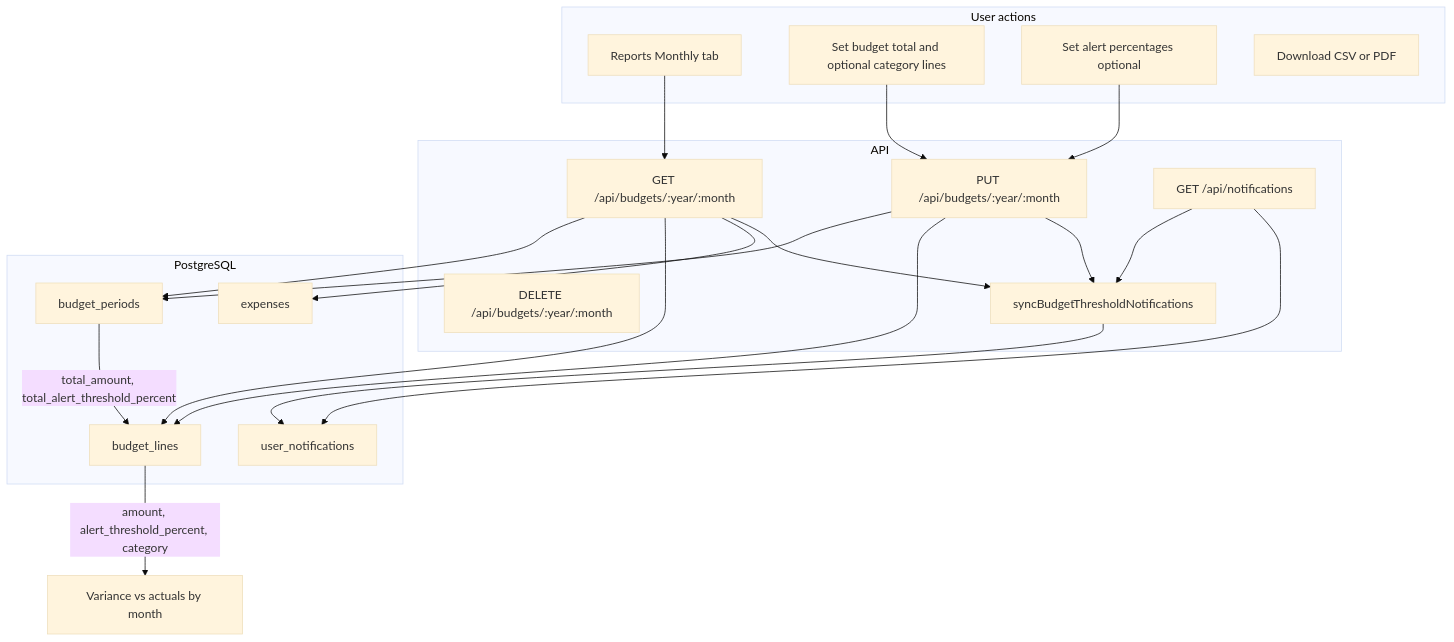
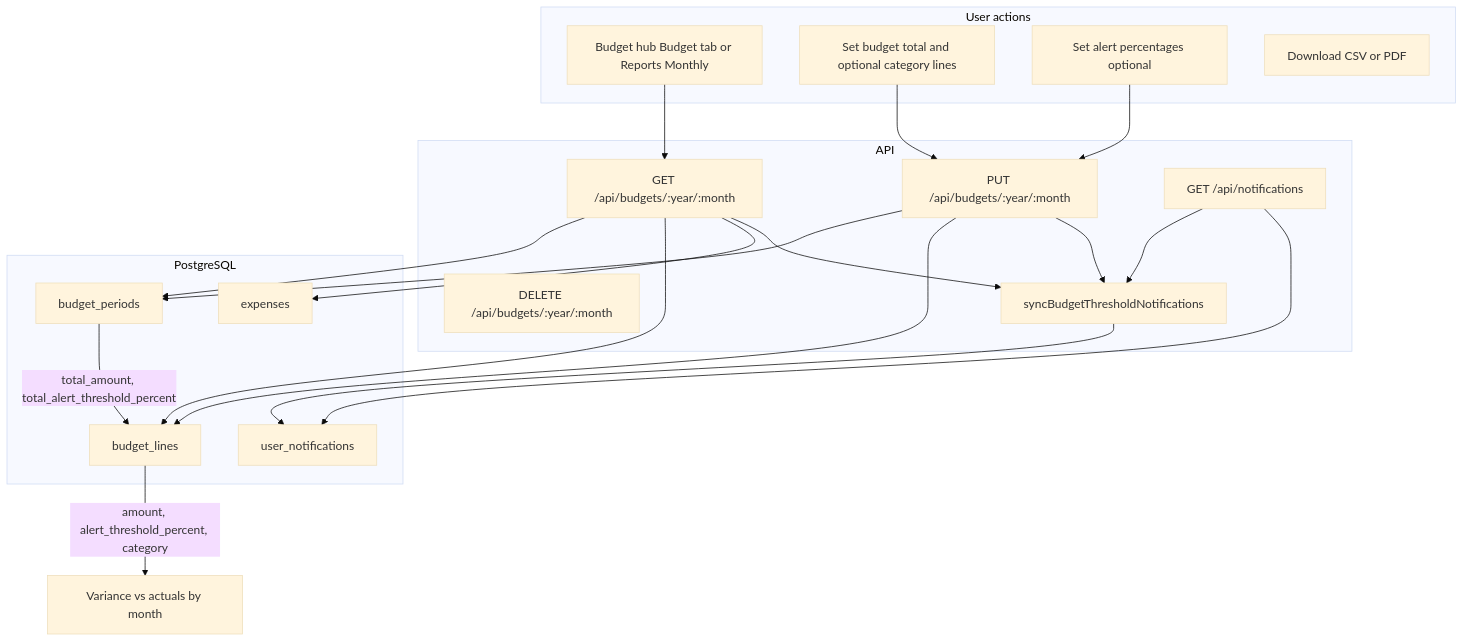
Before and after one commit to becomeonewiththecode/expense_tracker: the diagram in docs/diagrams/budgeting-overview.mmd, drawn with Mermaid (base theme). The commit also changed 45 other files, not shown here.

First line of the commit message:
Budget hub, savings/import rules/bank/advisor features, and doc updates

```diff
--- a/docs/diagrams/budgeting-overview.mmd
+++ b/docs/diagrams/budgeting-overview.mmd
@@ -1,42 +1,42 @@
 %% Budgeting: data model and user flow (Mermaid source for docs/BUDGETING.md)
 %% View: https://mermaid.live or VS Code Mermaid extension
 
 flowchart TB
   subgraph user [User actions]
-    U1[Reports Monthly tab]
+    U1[Budget hub Budget tab or Reports Monthly]
     U2[Set budget total and optional category lines]
     U3[Set alert percentages optional]
     U4[Download CSV or PDF]
   end
 
   subgraph api [API]
     BGET["GET /api/budgets/:year/:month"]
     BPUT["PUT /api/budgets/:year/:month"]
     BDEL["DELETE /api/budgets/:year/:month"]
     SYNC[syncBudgetThresholdNotifications]
     NGET["GET /api/notifications"]
   end
 
   subgraph db [PostgreSQL]
     BP[budget_periods]
     BL[budget_lines]
     EX[expenses]
     UN[user_notifications]
   end
 
   U1 --> BGET
   U2 --> BPUT
   U3 --> BPUT
   BPUT --> BP
   BPUT --> BL
   BPUT --> SYNC
   BGET --> BP
   BGET --> BL
   BGET --> EX
   BGET --> SYNC
   SYNC --> UN
   NGET --> SYNC
   NGET --> UN
 
   BP -->|"total_amount, total_alert_threshold_percent"| BL
   BL -->|"amount, alert_threshold_percent, category"| VAR[Variance vs actuals by month]
```
